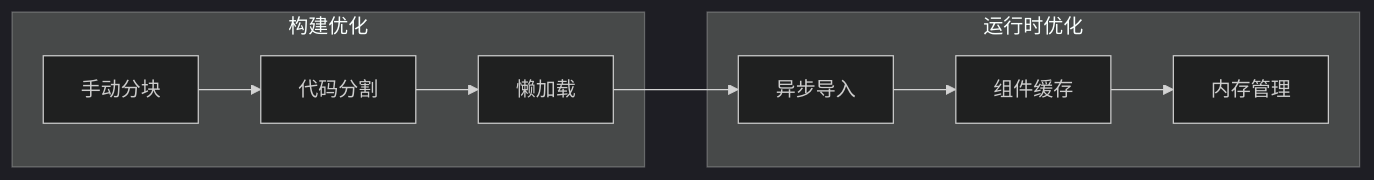
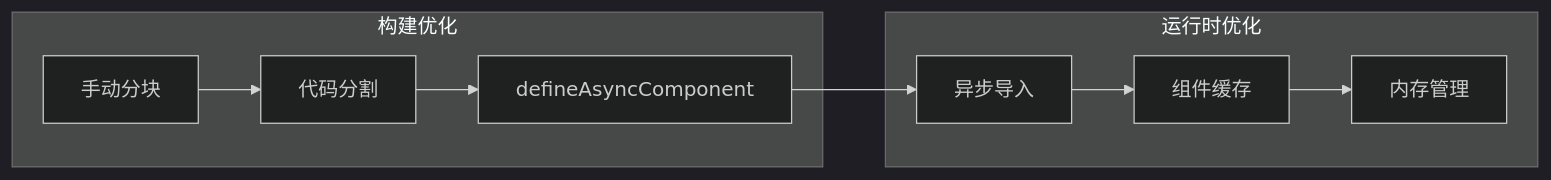
The tenth of 10 diagrams in .qoder/repowiki/zh/content/路由系统更新.md (yuyezhizhi/yuyezhizhi.github.io), drawn with Mermaid (dark theme) before and after one commit. The commit also changed other lines of this file and 9 other files, not shown here.

````diff
--- a/.qoder/repowiki/zh/content/路由系统更新.md
+++ b/.qoder/repowiki/zh/content/路由系统更新.md
@@ -360,18 +427,18 @@
 ```mermaid
 graph LR
 subgraph "构建优化"
 ManualChunks[手动分块]
 SplitCode[代码分割]
-LazyLoading[懒加载]
+DefineAsync[defineAsyncComponent]
 end
 subgraph "运行时优化"
 AsyncImport[异步导入]
 ComponentCache[组件缓存]
 MemoryManagement[内存管理]
 end
 ManualChunks --> SplitCode
-SplitCode --> LazyLoading
-LazyLoading --> AsyncImport
+SplitCode --> DefineAsync
+DefineAsync --> AsyncImport
 AsyncImport --> ComponentCache
 ComponentCache --> MemoryManagement
 ```
````
